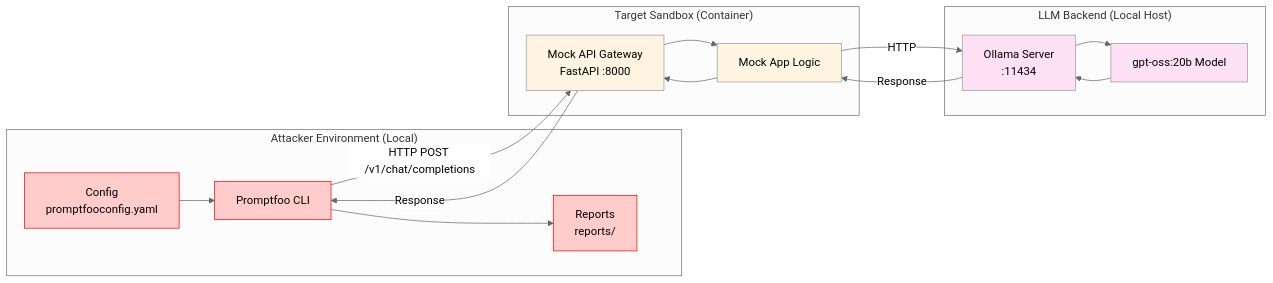
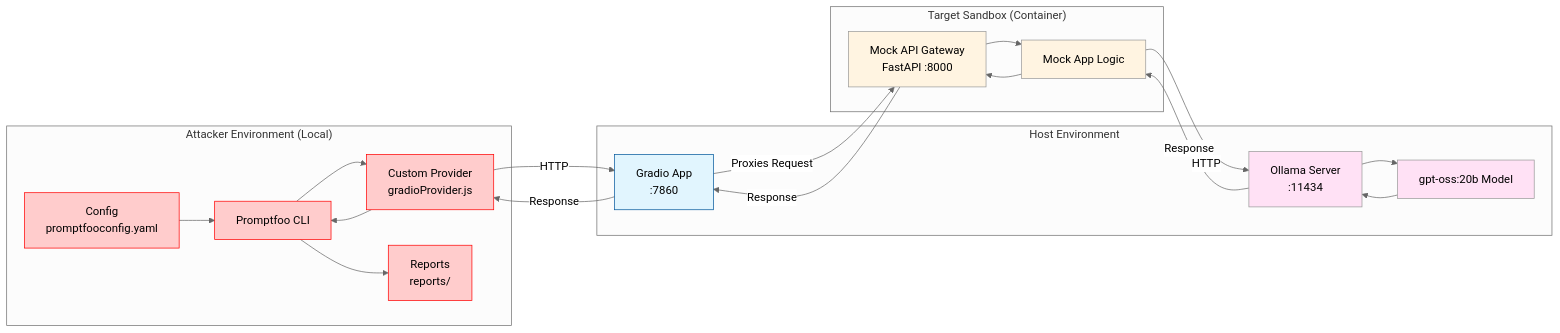
The diagram in initiatives/genai_red_team_handbook/exploitation/promptfoo/README.md (felipepenha/www-project-top-10-for-large-language-model-applications), drawn with Mermaid (neutral theme) before and after one commit. The commit also changed other lines of this file and 7 other files, not shown here.

Commit message:
refactor: promptfoo connects to port 7860 (gradio), instead of 8000 (LLM).

````diff
--- a/initiatives/genai_red_team_handbook/exploitation/promptfoo/README.md
+++ b/initiatives/genai_red_team_handbook/exploitation/promptfoo/README.md
@@ -24,38 +24,46 @@
 ```mermaid
 graph LR
     subgraph "Attacker Environment (Local)"
         PromptfooCLI[Promptfoo CLI]
         Config[Config<br/>promptfooconfig.yaml]
+        Provider[Custom Provider<br/>gradioProvider.js]
         Reports[Reports<br/>reports/]
+    end
+
+    subgraph "Host Environment"
+        Gradio[Gradio App<br/>:7860]
+        Ollama[Ollama Server<br/>:11434]
+        Model[gpt‑oss:20b Model]
     end
 
     subgraph "Target Sandbox (Container)"
         MockAPI[Mock API Gateway<br/>FastAPI :8000]
         MockLogic[Mock App Logic]
     end
 
-    subgraph "LLM Backend (Local Host)"
-        Ollama[Ollama Server<br/>:11434]
-        Model[gpt‑oss:20b Model]
-    end
-
     %% Interaction flow
     Config --> PromptfooCLI
-    PromptfooCLI -->|HTTP POST /v1/chat/completions| MockAPI
+    PromptfooCLI --> Provider
+    Provider -->|HTTP| Gradio
+    Gradio -->|Proxies Request| MockAPI
     MockAPI --> MockLogic
     MockLogic -->|HTTP| Ollama
     Ollama --> Model
     Model --> Ollama
     Ollama -->|Response| MockLogic
     MockLogic --> MockAPI
-    MockAPI -->|Response| PromptfooCLI
+    MockAPI -->|Response| Gradio
+    Gradio -->|Response| Provider
+    Provider --> PromptfooCLI
     PromptfooCLI --> Reports
 
     style PromptfooCLI fill:#ffcccc,stroke:#ff0000
     style Config fill:#ffcccc,stroke:#ff0000
+    style Provider fill:#ffcccc,stroke:#ff0000
     style Reports fill:#ffcccc,stroke:#ff0000
     style MockAPI fill:#fff4e1
     style MockLogic fill:#fff4e1
+    style Gradio fill:#e1f5fe,stroke:#01579b
     style Ollama fill:#ffe1f5
     style Model fill:#ffe1f5
 ```
````
